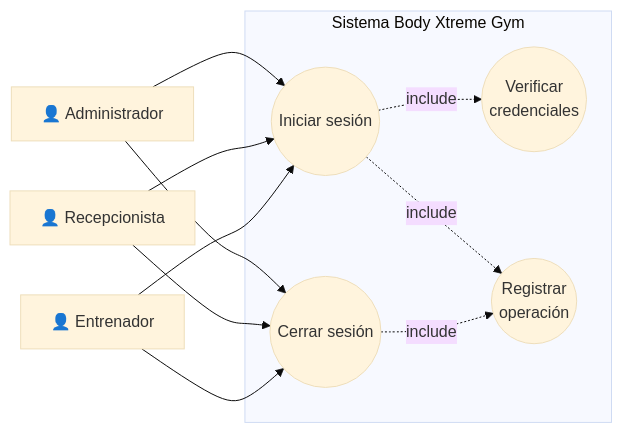
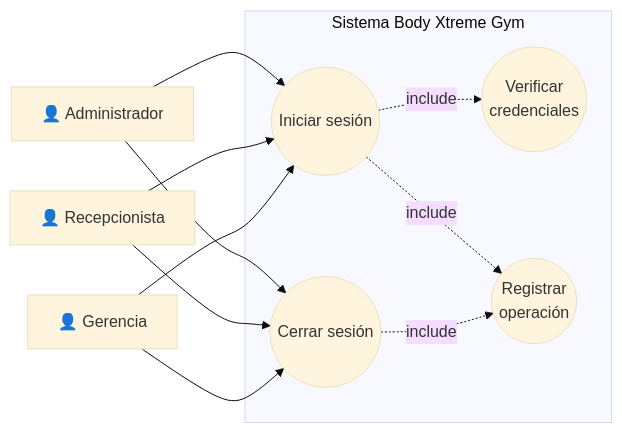
Before and after one commit to Tmine23/gym-core-system: the first of 36 diagrams in DIAGRAMAS_TESIS.md, drawn with Mermaid (base theme). The commit also changed other lines of this file, not shown here.

First line of the commit message:
docs: Completar documentación de tesis con todos los diagramas UML

````diff
--- a/DIAGRAMAS_TESIS.md
+++ b/DIAGRAMAS_TESIS.md
@@ -22,25 +24,25 @@
 ```mermaid
 flowchart LR
     Admin[👤 Administrador]
     Recep[👤 Recepcionista]
-    Trainer[👤 Entrenador]
+    Gerencia[👤 Gerencia]
     
     subgraph Sistema["Sistema Body Xtreme Gym"]
         UC01((Iniciar sesión))
         UC02((Verificar<br/>credenciales))
         UC03((Registrar<br/>operación))
         UC04((Cerrar sesión))
     end
     
     Admin --> UC01
     Recep --> UC01
-    Trainer --> UC01
+    Gerencia --> UC01
     
     Admin --> UC04
     Recep --> UC04
-    Trainer --> UC04
+    Gerencia --> UC04
     
     UC01 -.->|include| UC02
     UC01 -.->|include| UC03
     UC04 -.->|include| UC03
 ```
````
